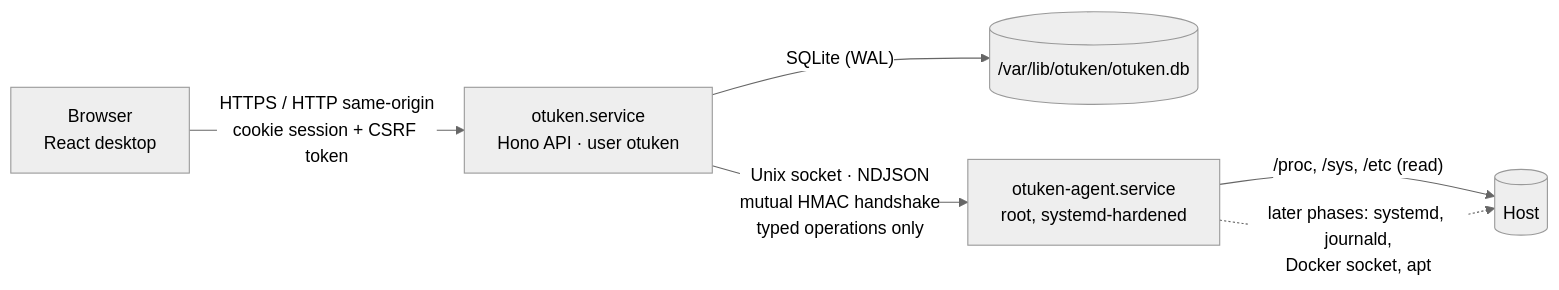
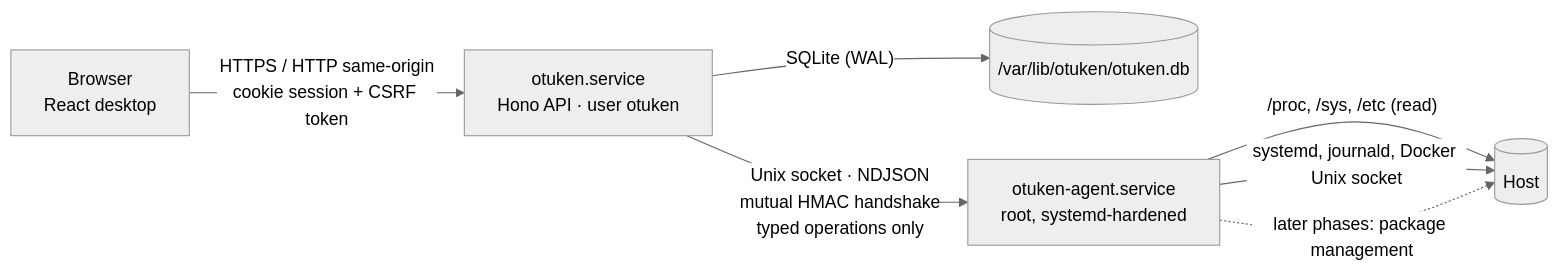
One commit to goktugcy/everyos changed the first of 2 diagrams in docs/architecture.md. Above: the diagram before and after it, drawn with Mermaid (neutral theme). The commit also changed other lines of this file and 66 other files, not shown here.

````diff
--- a/docs/architecture.md
+++ b/docs/architecture.md
@@ -12,8 +12,9 @@
 ```mermaid
 flowchart LR
   B[Browser<br/>React desktop] -- "HTTPS / HTTP same-origin<br/>cookie session + CSRF token" --> A[otuken.service<br/>Hono API · user otuken]
   A -- "SQLite (WAL)" --> D[(/var/lib/otuken/otuken.db)]
   A -- "Unix socket · NDJSON<br/>mutual HMAC handshake<br/>typed operations only" --> G[otuken-agent.service<br/>root, systemd-hardened]
   G -- "/proc, /sys, /etc (read)" --> H[(Host)]
-  G -. "later phases: systemd, journald,<br/>Docker socket, apt" .-> H
+  G -- "systemd, journald, Docker Unix socket" --> H
+  G -. "later phases: package management" .-> H
 ```
````
